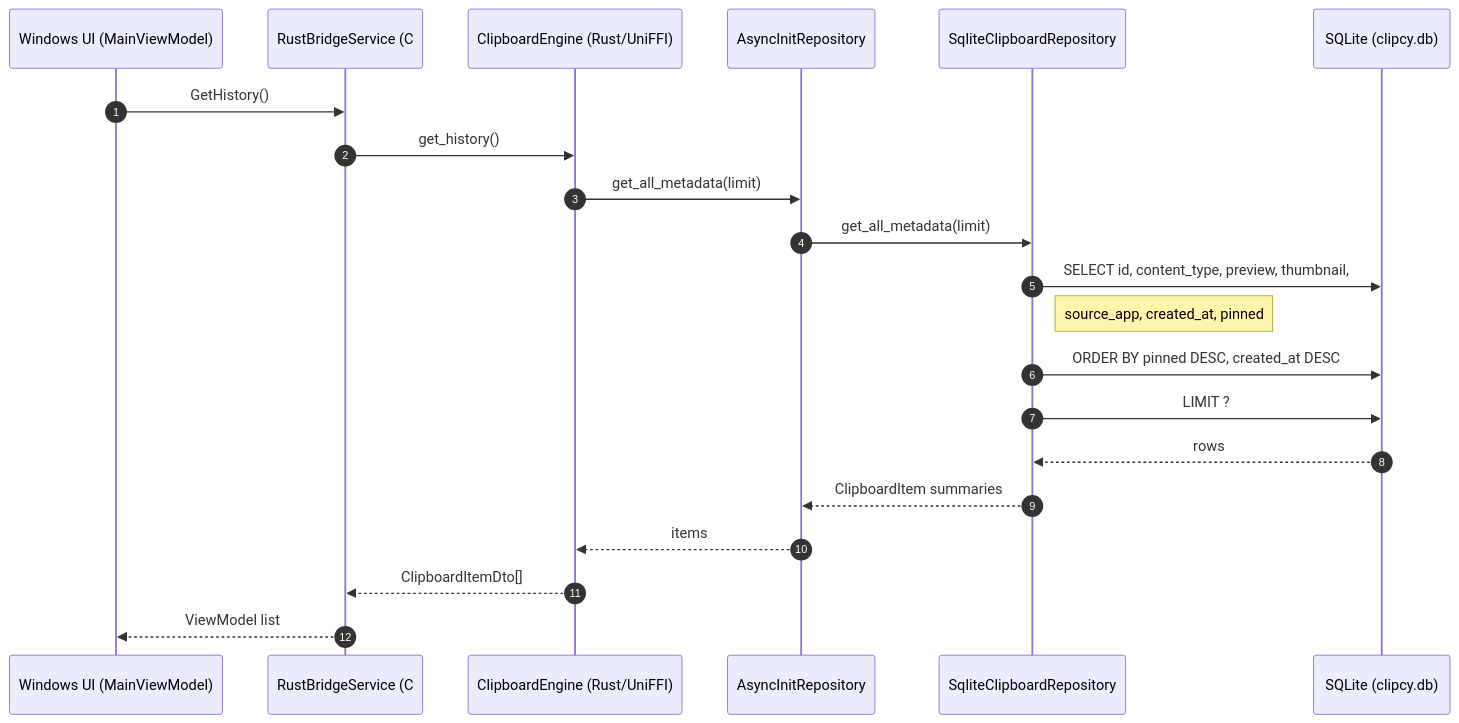
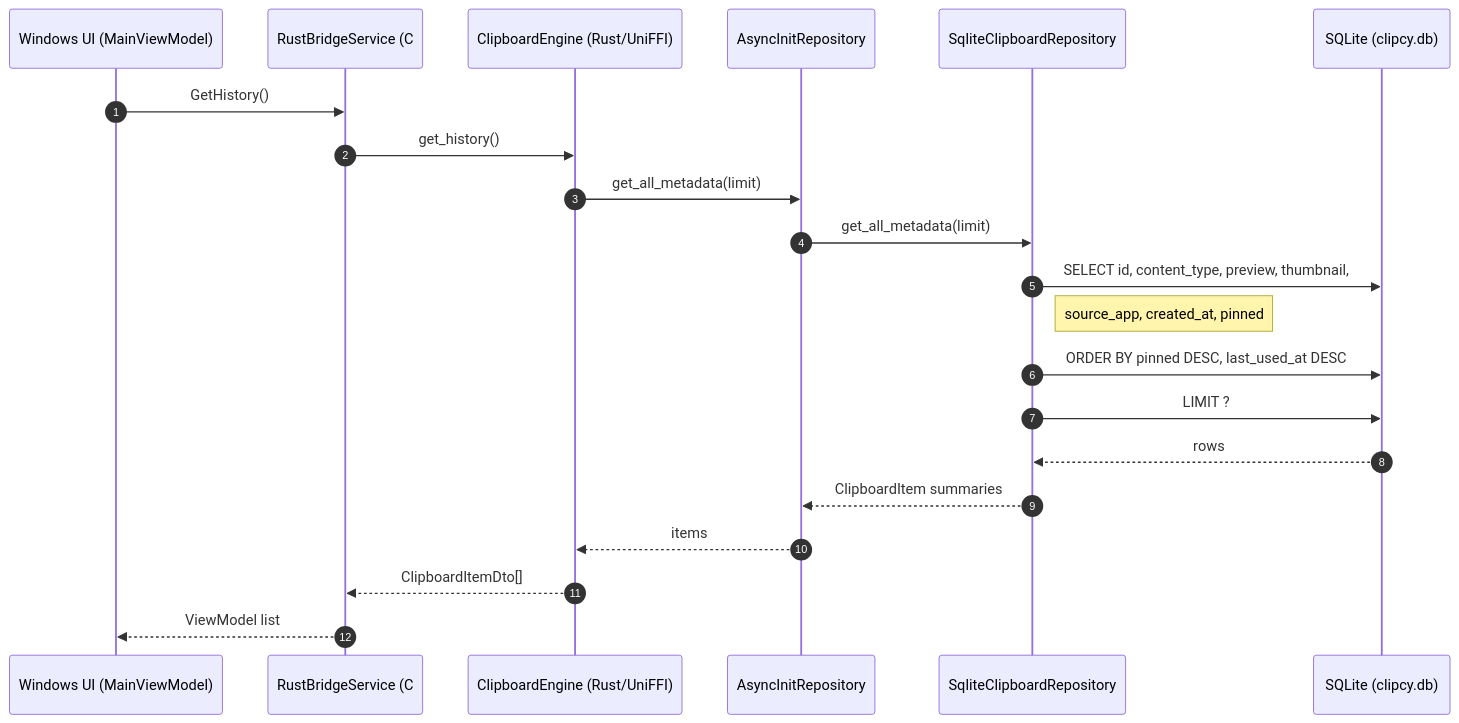
The first of 3 diagrams in docs/CLIPBOARD_ARCHITECTURE.md (daoanhthanh/clipcy), drawn with Mermaid before and after one commit. The commit also changed other lines of this file and 6 other files, not shown here.

````diff
--- a/docs/CLIPBOARD_ARCHITECTURE.md
+++ b/docs/CLIPBOARD_ARCHITECTURE.md
@@ -7,24 +7,24 @@
 ```mermaid
 sequenceDiagram
     autonumber
     participant UI as Windows UI (MainViewModel)
     participant Bridge as RustBridgeService (C#)
     participant Engine as ClipboardEngine (Rust/UniFFI)
     participant Repo as AsyncInitRepository
     participant Sqlite as SqliteClipboardRepository
     participant DB as SQLite (clipcy.db)
 
     UI->>Bridge: GetHistory()
     Bridge->>Engine: get_history()
     Engine->>Repo: get_all_metadata(limit)
     Repo->>Sqlite: get_all_metadata(limit)
     Sqlite->>DB: SELECT id, content_type, preview, thumbnail,
     Note right of Sqlite: source_app, created_at, pinned
-    Sqlite->>DB: ORDER BY pinned DESC, created_at DESC
+    Sqlite->>DB: ORDER BY pinned DESC, last_used_at DESC
     Sqlite->>DB: LIMIT ?
     DB-->>Sqlite: rows
     Sqlite-->>Repo: ClipboardItem summaries
     Repo-->>Engine: items
     Engine-->>Bridge: ClipboardItemDto[]
     Bridge-->>UI: ViewModel list
 ```
````
